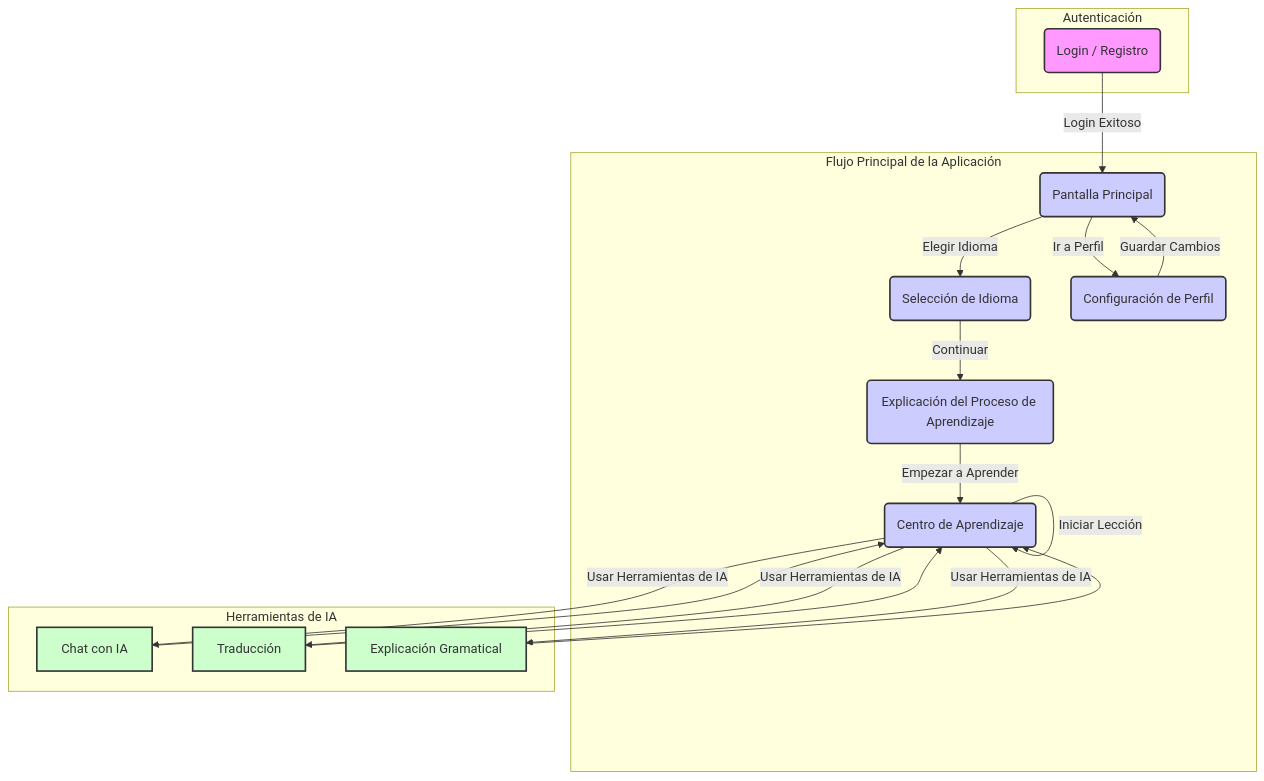
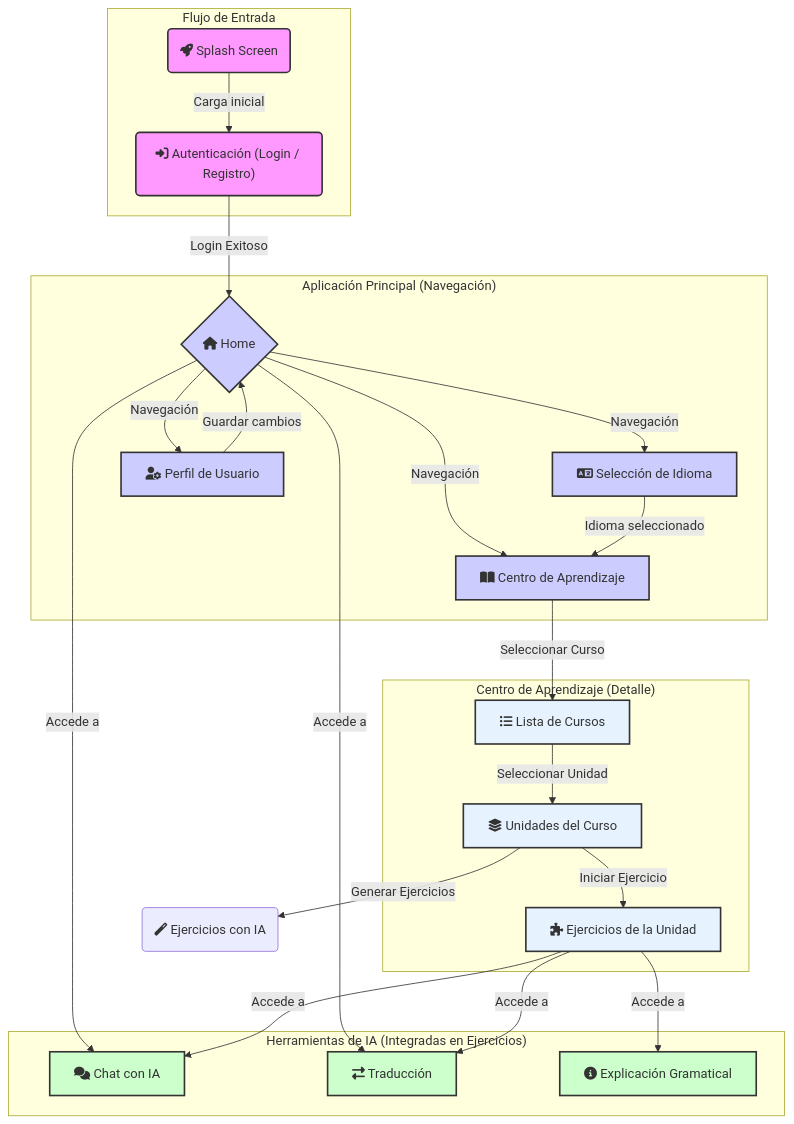
Before and after one commit to adrianfusco/dillearning: the diagram in documentacion/diagramas/interfaz_usuario.mmd, drawn with Mermaid. The commit also changed 22 other files, not shown here.

```diff
--- a/documentacion/diagramas/interfaz_usuario.mmd
+++ b/documentacion/diagramas/interfaz_usuario.mmd
@@ -1,42 +1,58 @@
 graph TD
-    subgraph "Autenticación"
-        A(Login / Registro)
+    subgraph "Flujo de Entrada"
+        A("fa:fa-rocket Splash Screen")
+        B("fa:fa-sign-in-alt Autenticación (Login / Registro)")
     end
 
-    subgraph "Flujo Principal de la Aplicación"
-        B(Pantalla Principal)
-        C(Selección de Idioma)
-        D(Explicación del Proceso de Aprendizaje)
-        E(Centro de Aprendizaje)
-        F(Configuración de Perfil)
+    subgraph "Aplicación Principal (Navegación)"
+        C{"fa:fa-home Home"}
+        D["fa:fa-language Selección de Idioma"]
+        E["fa:fa-book-open Centro de Aprendizaje"]
+        F["fa:fa-user-cog Perfil de Usuario"]
     end
 
-    subgraph "Herramientas de IA"
-        G[Chat con IA]
-        H[Traducción]
-        I[Explicación Gramatical]
+    subgraph "Centro de Aprendizaje (Detalle)"
+        E1["fa:fa-list-ul Lista de Cursos"]
+        E2["fa:fa-layer-group Unidades del Curso"]
+        E3["fa:fa-puzzle-piece Ejercicios de la Unidad"]
     end
 
-    A -- Login Exitoso --> B
-    B -- Elegir Idioma --> C
-    C -- Continuar --> D
-    D -- Empezar a Aprender --> E
-    B -- Ir a Perfil --> F
-    F -- Guardar Cambios --> B
+    subgraph "Herramientas de IA (Integradas en Ejercicios)"
+        G["fa:fa-comments Chat con IA"]
+        H["fa:fa-exchange-alt Traducción"]
+        I["fa:fa-info-circle Explicación Gramatical"]
+    end
 
-    E -- Iniciar Lección --> E
-    E -- Usar Herramientas de IA --> G
-    E -- Usar Herramientas de IA --> H
-    E -- Usar Herramientas de IA --> I
+    %% Conexiones de Flujo
+    A -- "Carga inicial" --> B
+    B -- "Login Exitoso" --> C
     
-    G --> E
-    H --> E
-    I --> E
+    C -- "Navegación" --> D
+    C -- "Navegación" --> E
+    C -- "Navegación" --> F
+    C -- "Accede a" --> G
+    C -- "Accede a" --> H
 
-    classDef auth fill:#f9f,stroke:#333,stroke-width:2px
+    D -- "Idioma seleccionado" --> E
+
+    E -- "Seleccionar Curso" --> E1
+    E1 -- "Seleccionar Unidad" --> E2
+    E2 -- "Iniciar Ejercicio" --> E3
+    E2 -- "Generar Ejercicios" --> E4("fa:fa-magic Ejercicios con IA")
+    
+    E3 -- "Accede a" --> G
+    E3 -- "Accede a" --> H
+    E3 -- "Accede a" --> I
+
+    F -- "Guardar cambios" --> C
+
+    %% Estilos
+    classDef entry fill:#f9f,stroke:#333,stroke-width:2px
     classDef main fill:#ccf,stroke:#333,stroke-width:2px
+    classDef feature fill:#e6f3ff,stroke:#333,stroke-width:2px
     classDef ai fill:#cfc,stroke:#333,stroke-width:2px
 
-    class A auth
-    class B,C,D,E,F main
+    class A,B entry
+    class C,D,E,F main
+    class E1,E2,E3 feature
     class G,H,I ai
```
